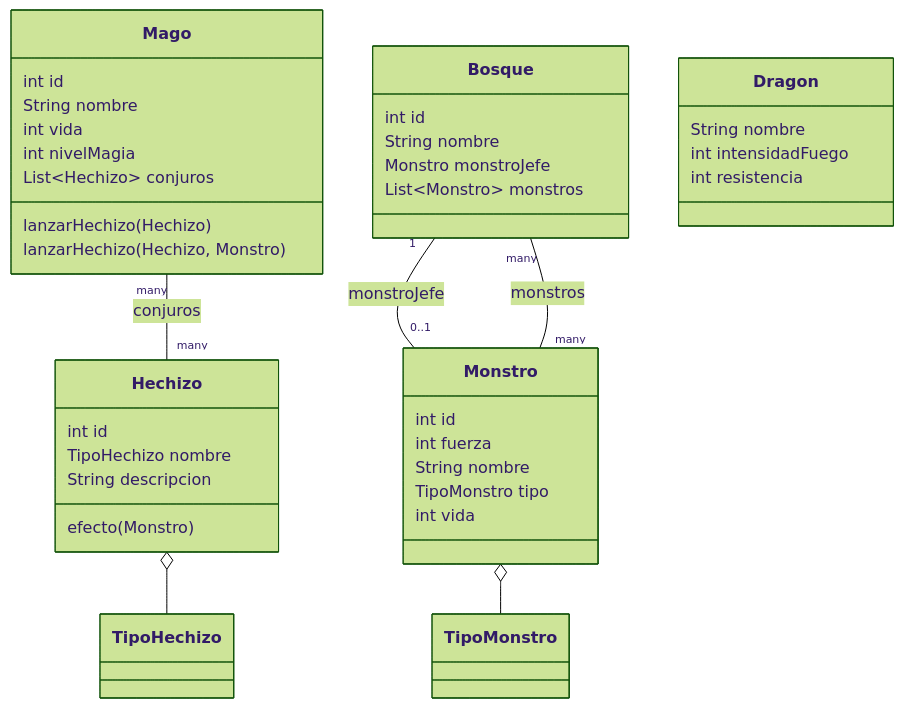
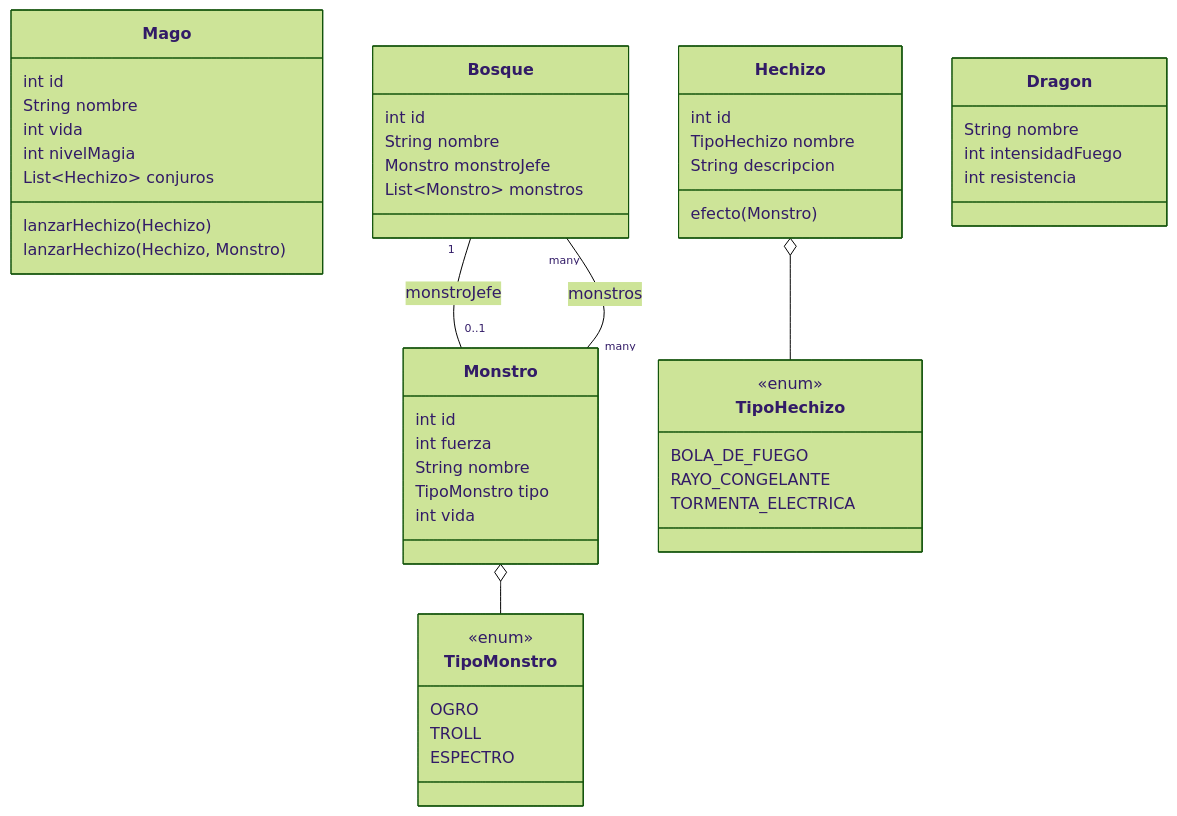
One commit to JoseRubicco21/2DAM-AD changed the second of 2 diagrams in UD3/dragolandia/Readme.md. Above: the diagram before and after it, drawn with Mermaid (forest theme).

````diff
--- a/UD3/dragolandia/Readme.md
+++ b/UD3/dragolandia/Readme.md
@@ -58,44 +58,53 @@
 ```mermaid
 classDiagram
     class Mago {
         int id
         String nombre
         int vida
         int nivelMagia
         List~Hechizo~ conjuros
         lanzarHechizo(Hechizo)
         lanzarHechizo(Hechizo, Monstro)
     }
     class Hechizo {
         int id
         TipoHechizo nombre
         String descripcion
         efecto(Monstro)
     }
     class Monstro {
         int id
         int fuerza
         String nombre
         TipoMonstro tipo
         int vida
     }
     class Bosque {
         int id
         String nombre
         Monstro monstroJefe
         List~Monstro~ monstros
     }
     class Dragon {
         String nombre
         int intensidadFuego
         int resistencia
     }
-    class TipoHechizo
-    class TipoMonstro
+    class TipoHechizo {
+        <<enum>>
+        BOLA_DE_FUEGO
+        RAYO_CONGELANTE
+        TORMENTA_ELECTRICA
+    }
+    class TipoMonstro {
+        <<enum>>
+        OGRO
+        TROLL
+        ESPECTRO
+    }
 
-    Mago "many" -- "many" Hechizo : conjuros
     Bosque "1" -- "0..1" Monstro : monstroJefe
     Bosque "many" -- "many" Monstro : monstros
     Hechizo o-- TipoHechizo
     Monstro o-- TipoMonstro
 ```
````
